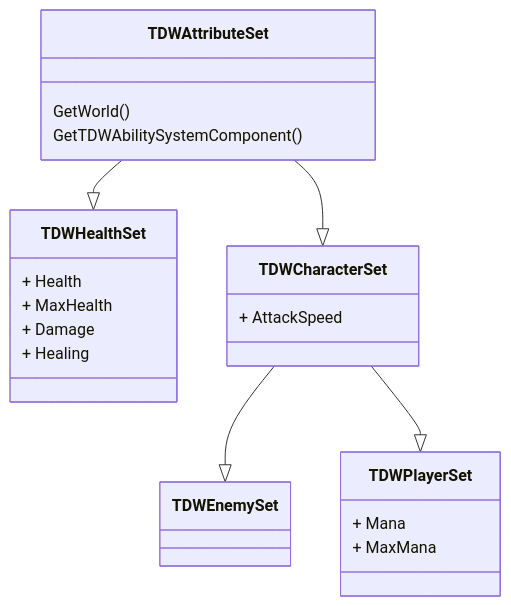
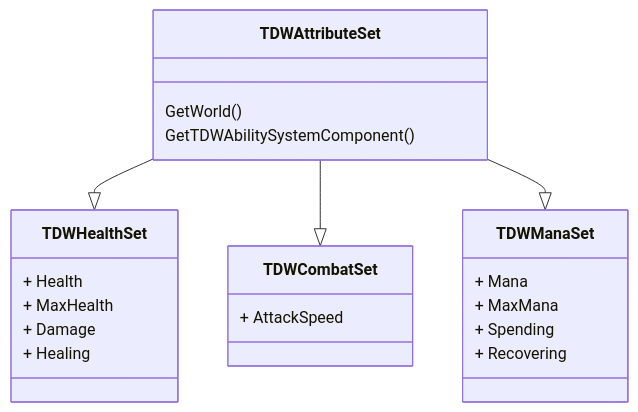
The diagram in README.md (EricGomesGregory/TDW-GameplayTest), drawn with Mermaid before and after one commit. The commit also changed other lines of this file and 6 other files, not shown here.

````diff
--- a/README.md
+++ b/README.md
@@ -46,33 +44,34 @@
 ```mermaid
 classDiagram
 
 TDWAttributeSet --|> TDWHealthSet
 
-TDWAttributeSet --|> TDWCharacterSet
+TDWAttributeSet --|> TDWCombatSet
 
-TDWCharacterSet --|> TDWEnemySet
+TDWAttributeSet --|> TDWManaSet
 
-TDWCharacterSet --|> TDWPlayerSet
 
 class TDWAttributeSet {
     GetWorld()
     GetTDWAbilitySystemComponent()
 }
 
 class TDWHealthSet {
     + Health
     + MaxHealth
     + Damage
     + Healing
 }
 
-class TDWCharacterSet {
+class TDWCombatSet {
     + AttackSpeed
 }
 
-class TDWPlayerSet {
+class TDWManaSet {
     + Mana
     + MaxMana
+    + Spending
+    + Recovering
 }
 
 ```
````
